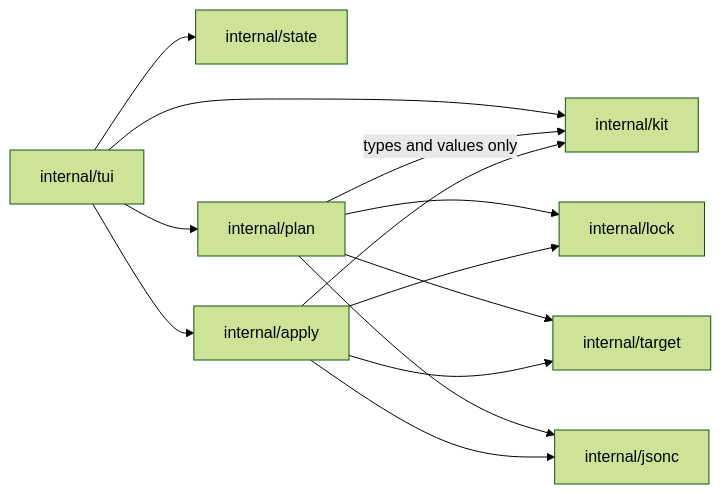
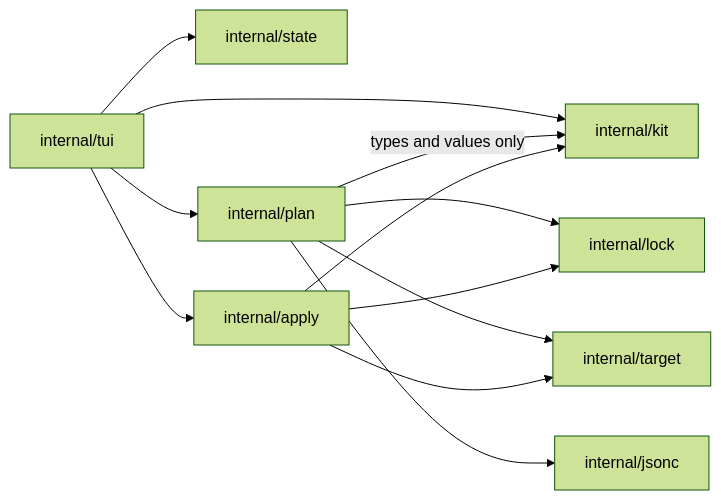
One commit to dpleshakov/penates changed the diagram in docs/architecture.md. Above: the diagram before and after it, drawn with Mermaid (forest theme). The commit also changed other lines of this file and 9 other files, not shown here.

````diff
--- a/docs/architecture.md
+++ b/docs/architecture.md
@@ -63,15 +63,14 @@
 ```mermaid
 flowchart LR
     TUI["internal/tui"] --> KIT["internal/kit"]
     TUI --> ST["internal/state"]
     TUI --> PL["internal/plan"]
     TUI --> AP["internal/apply"]
     PL -- types and values only --> KIT
     PL --> LK["internal/lock"]
     PL --> TG["internal/target"]
     PL --> JC["internal/jsonc"]
     AP --> LK
     AP --> TG
     AP --> KIT
-    AP --> JC
 ```
````
